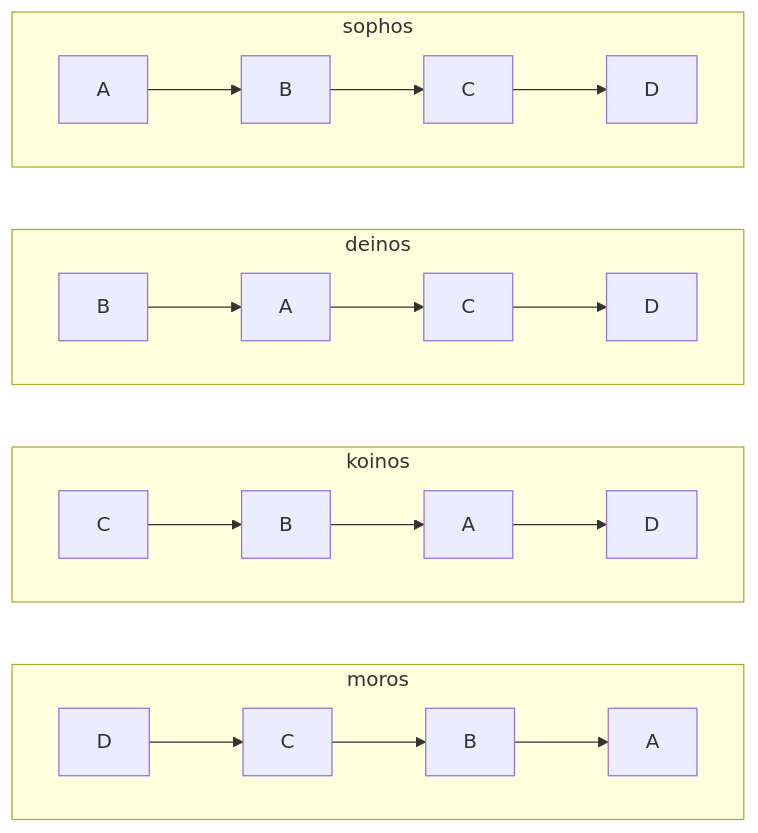
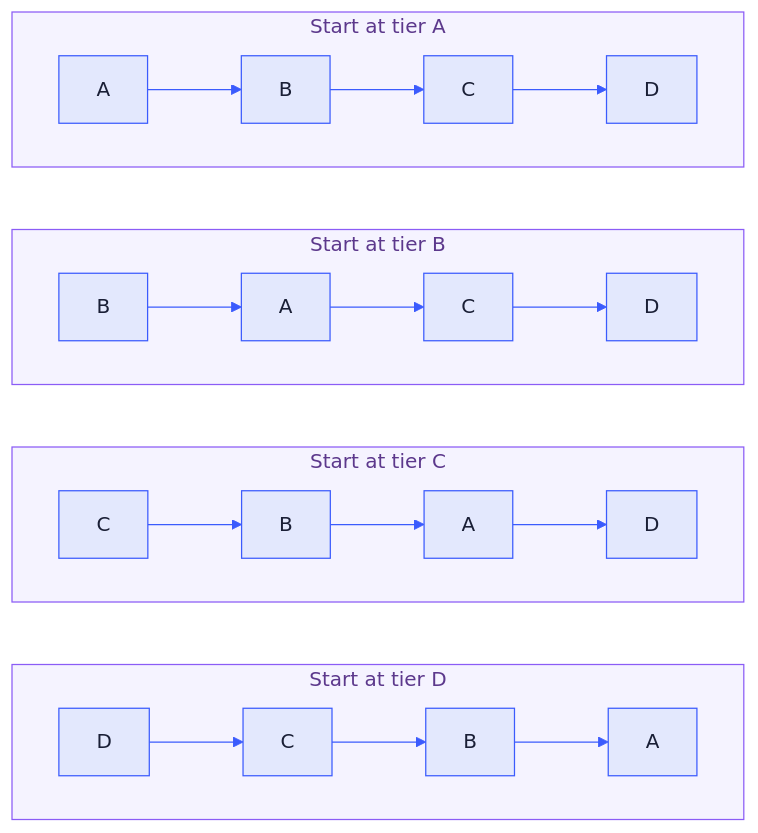
The third of 6 diagrams in docs/architecture.md (nemoe7/daedalus), drawn with Mermaid before and after one commit. The commit also changed other lines of this file and 6 other files, not shown here.

Commit message:
docs: colour the diagrams, name pools by role and link LiteLLM

````diff
--- a/docs/architecture.md
+++ b/docs/architecture.md
@@ -95,19 +99,20 @@
 ```mermaid
+%%{init: {"theme": "base", "themeVariables": {"primaryColor": "#e3e8fd", "primaryBorderColor": "#3b5bfd", "primaryTextColor": "#1a1f36", "lineColor": "#3b5bfd", "textColor": "#3b5bfd", "secondaryColor": "#ede9fe", "tertiaryColor": "#f5f3ff", "clusterBkg": "#f5f3ff", "clusterBorder": "#8b5cf6", "titleColor": "#5c388c", "edgeLabelBackground": "#ffffff", "noteBkgColor": "#ede9fe", "noteBorderColor": "#8b5cf6"}}}%%
 flowchart LR
-  subgraph moros
+  subgraph sD[Start at tier D]
     direction LR
     m1[D] --> m2[C] --> m3[B] --> m4[A]
   end
-  subgraph koinos
+  subgraph sC[Start at tier C]
     direction LR
     k1[C] --> k2[B] --> k3[A] --> k4[D]
   end
-  subgraph deinos
+  subgraph sB[Start at tier B]
     direction LR
     d1[B] --> d2[A] --> d3[C] --> d4[D]
   end
-  subgraph sophos
+  subgraph sA[Start at tier A]
     direction LR
     s1[A] --> s2[B] --> s3[C] --> s4[D]
   end
 ```
````
